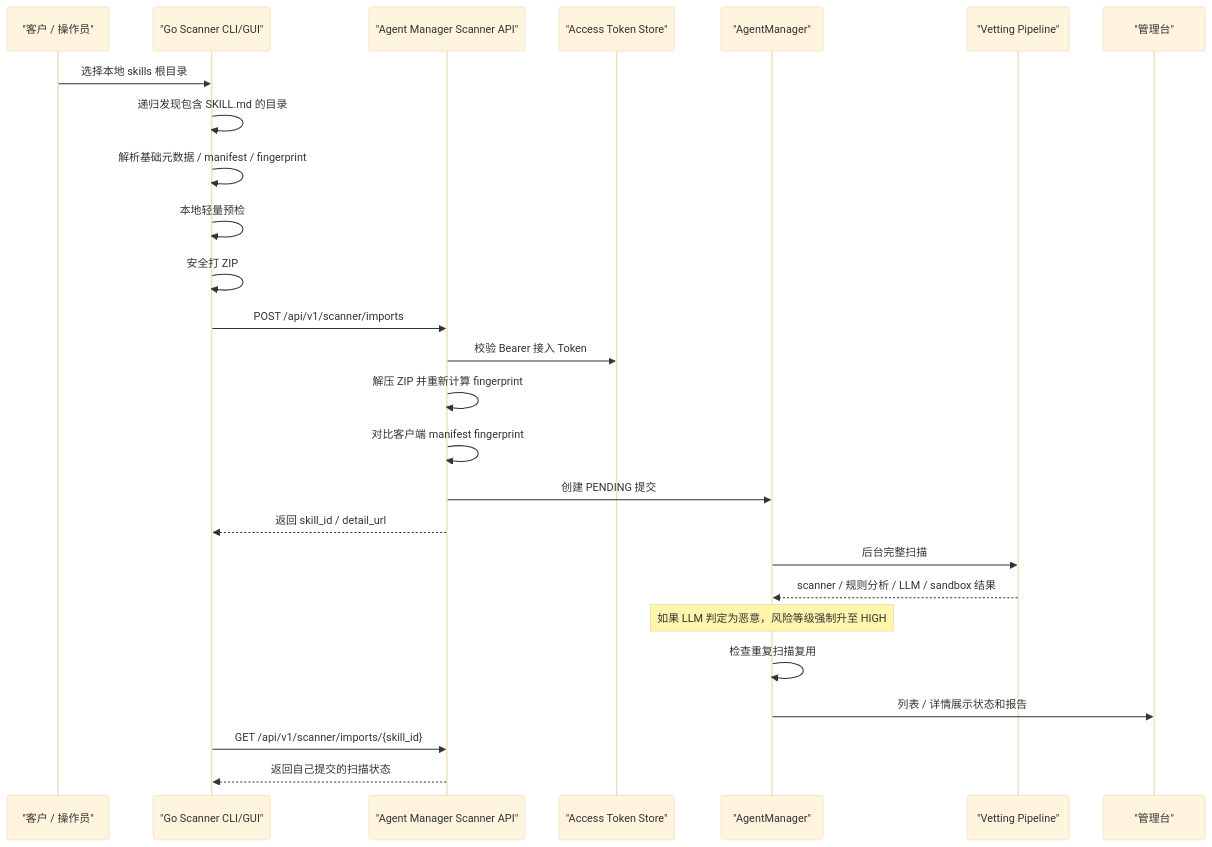
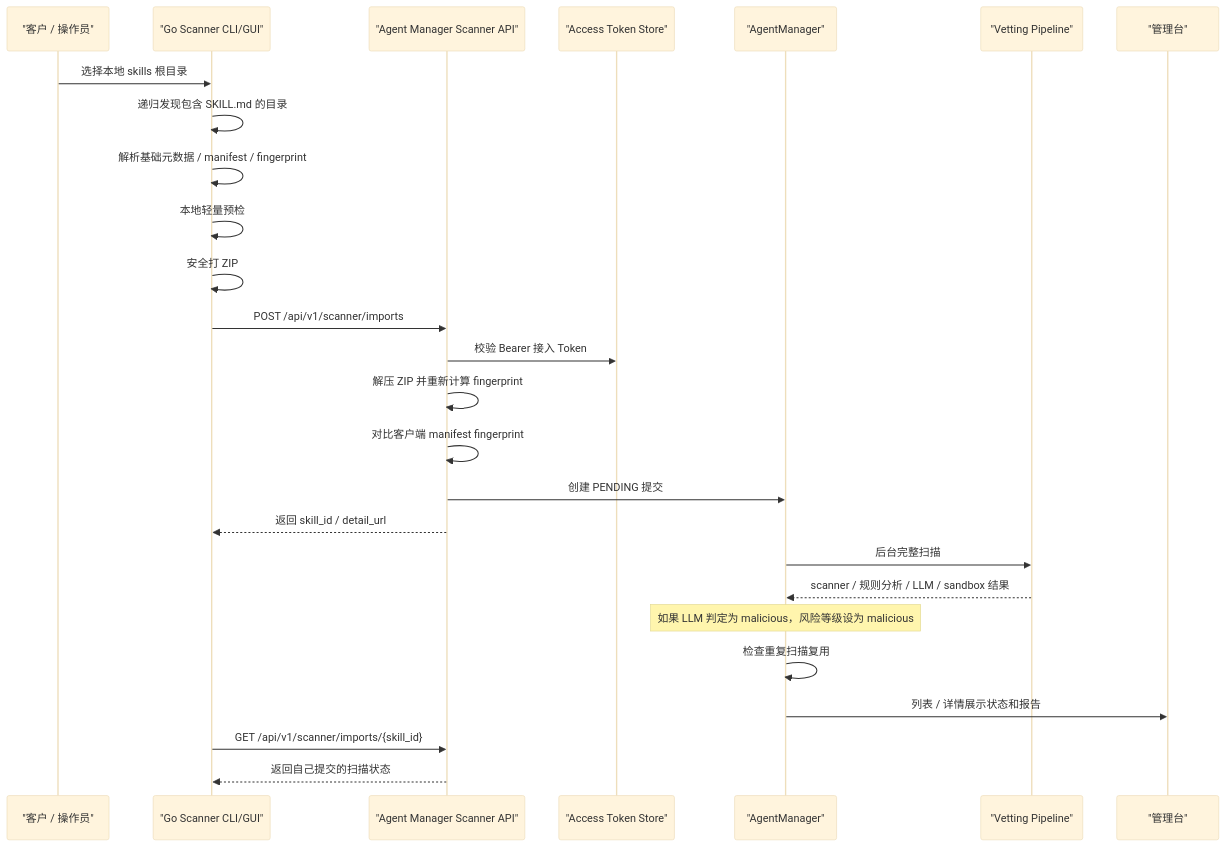
One commit to HuangLuGuang/skill-manager changed the diagram in docs/skill-scanner.md. Above: the diagram before and after it, drawn with Mermaid (base theme). The commit also changed 8 other files, not shown here.

````diff
--- a/docs/skill-scanner.md
+++ b/docs/skill-scanner.md
@@ -27,29 +27,29 @@
 ```mermaid
 sequenceDiagram
     participant User as "客户 / 操作员"
     participant Scanner as "Go Scanner CLI/GUI"
     participant API as "Agent Manager Scanner API"
     participant Token as "Access Token Store"
     participant Mgr as "AgentManager"
     participant Vet as "Vetting Pipeline"
     participant UI as "管理台"
 
     User->>Scanner: 选择本地 skills 根目录
     Scanner->>Scanner: 递归发现包含 SKILL.md 的目录
     Scanner->>Scanner: 解析基础元数据 / manifest / fingerprint
     Scanner->>Scanner: 本地轻量预检
     Scanner->>Scanner: 安全打 ZIP
     Scanner->>API: POST /api/v1/scanner/imports
     API->>Token: 校验 Bearer 接入 Token
     API->>API: 解压 ZIP 并重新计算 fingerprint
     API->>API: 对比客户端 manifest fingerprint
     API->>Mgr: 创建 PENDING 提交
     API-->>Scanner: 返回 skill_id / detail_url
     Mgr->>Vet: 后台完整扫描
     Vet-->>Mgr: scanner / 规则分析 / LLM / sandbox 结果
-    Note over Mgr: 如果 LLM 判定为恶意，风险等级强制升至 HIGH
+    Note over Mgr: 如果 LLM 判定为 malicious，风险等级设为 malicious
     Mgr->>Mgr: 检查重复扫描复用
     Mgr->>UI: 列表 / 详情展示状态和报告
     Scanner->>API: GET /api/v1/scanner/imports/{skill_id}
     API-->>Scanner: 返回自己提交的扫描状态
 ```
````
